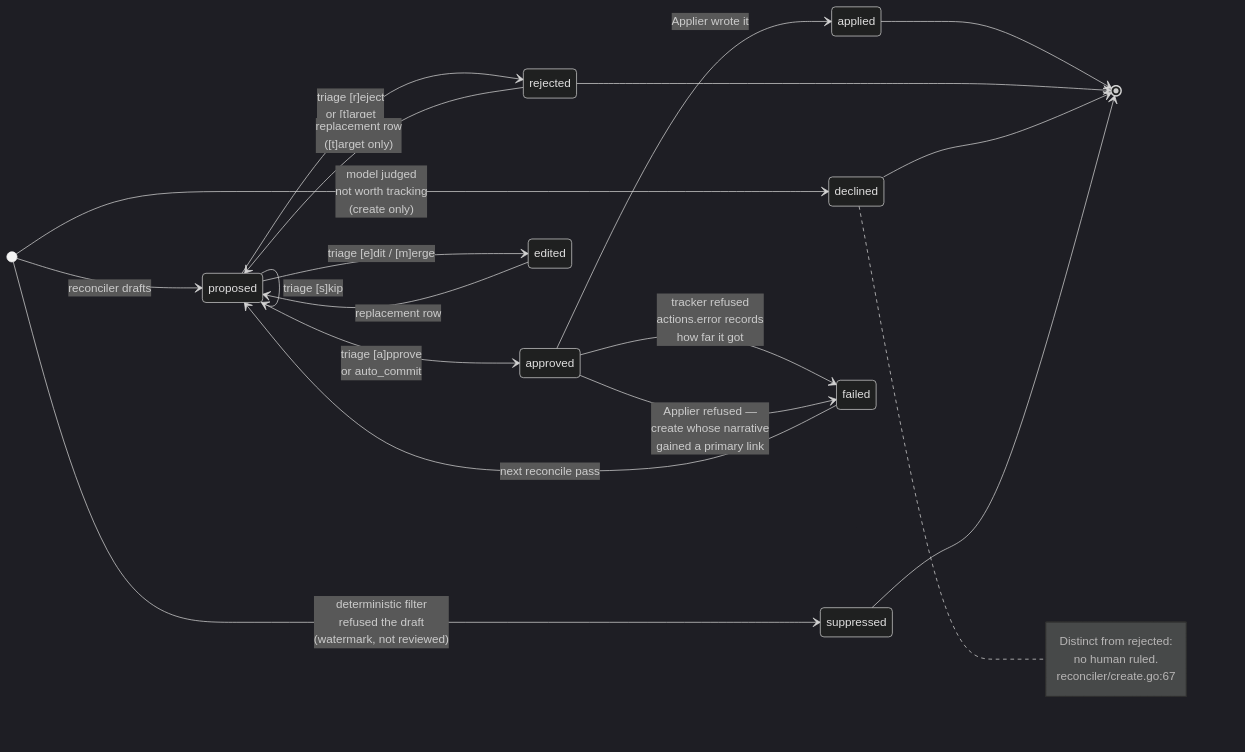
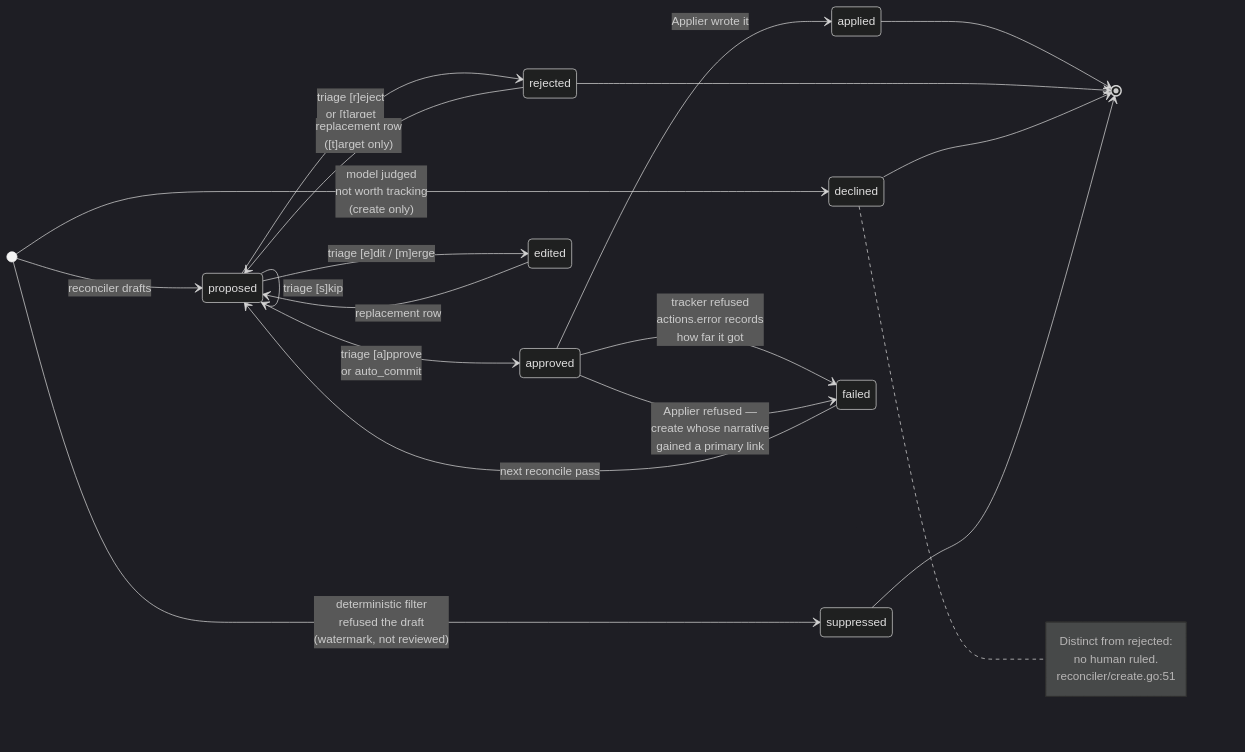
Before and after one commit to jcogilvie/unjira: the third of 4 diagrams in docs/architecture.md, drawn with Mermaid (dark theme). The commit also changed other lines of this file and 20 other files, not shown here.

````diff
--- a/docs/architecture.md
+++ b/docs/architecture.md
@@ -295,36 +295,36 @@
 ```mermaid
 ---
 config:
   nodeSpacing: 110
   rankSpacing: 140
 ---
 stateDiagram-v2
     direction LR
     [*] --> proposed: reconciler drafts
     [*] --> declined: model judged<br/>not worth tracking<br/>(create only)
     [*] --> suppressed: deterministic filter<br/>refused the draft<br/>(watermark, not reviewed)
 
     proposed --> approved: triage [a]pprove<br/>or auto_commit
     proposed --> rejected: triage [r]eject<br/>or [t]arget
     proposed --> edited: triage [e]dit / [m]erge
     proposed --> proposed: triage [s]kip
 
     approved --> applied: Applier wrote it
     approved --> failed: tracker refused<br/>actions.error records<br/>how far it got
     approved --> failed: Applier refused —<br/>create whose narrative<br/>gained a primary link
 
     failed --> proposed: next reconcile pass
     edited --> proposed: replacement row
     rejected --> proposed: replacement row<br/>([t]arget only)
 
     applied --> [*]
     rejected --> [*]
     declined --> [*]
     suppressed --> [*]
 
     note right of declined
         Distinct from rejected:
         no human ruled.
-        reconciler/create.go:67
+        reconciler/create.go:51
     end note
 ```
````
